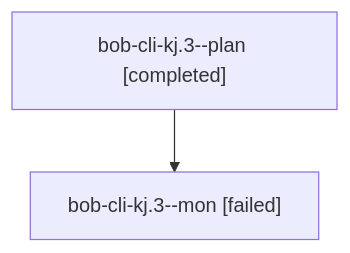
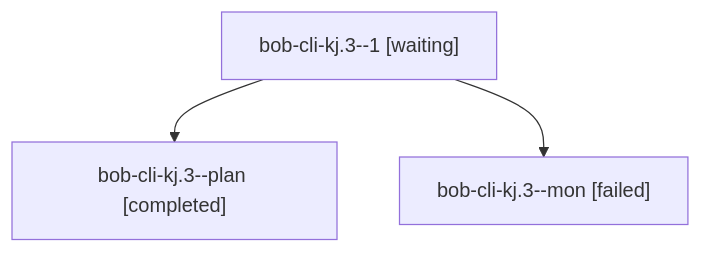
The diagram in sessions/bbugyi200.athena.bob-cli-kj.3.md (bobs-org/bob-cli--agents), drawn with Mermaid before and after one commit. The commit also changed other lines of this file and 118 other files, not shown here.

````diff
--- a/sessions/bbugyi200.athena.bob-cli-kj.3.md
+++ b/sessions/bbugyi200.athena.bob-cli-kj.3.md
@@ -9,6 +9,8 @@
 ```mermaid
 flowchart TD
-  n0["bob-cli-kj.3--plan [completed]"]
-  n1["bob-cli-kj.3--mon [failed]"]
+  n0["bob-cli-kj.3--1 [waiting]"]
+  n1["bob-cli-kj.3--plan [completed]"]
   n0 --> n1
+  n2["bob-cli-kj.3--mon [failed]"]
+  n0 --> n2
 ```
````
